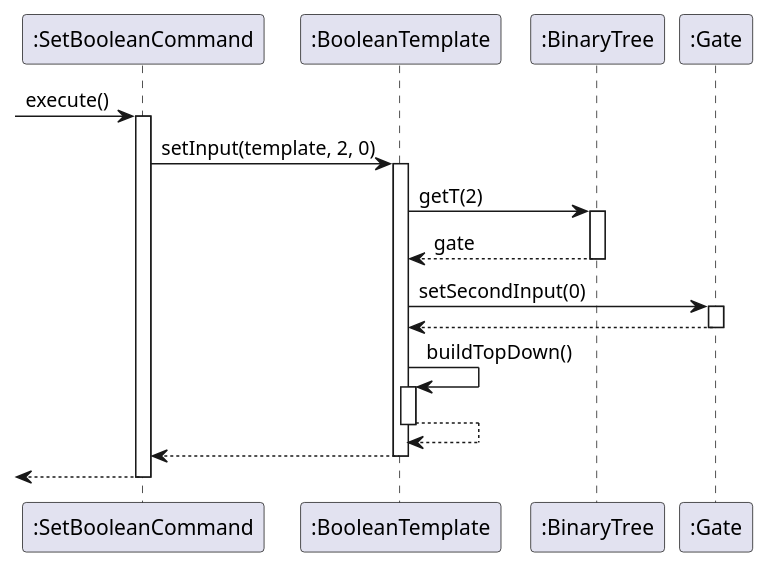
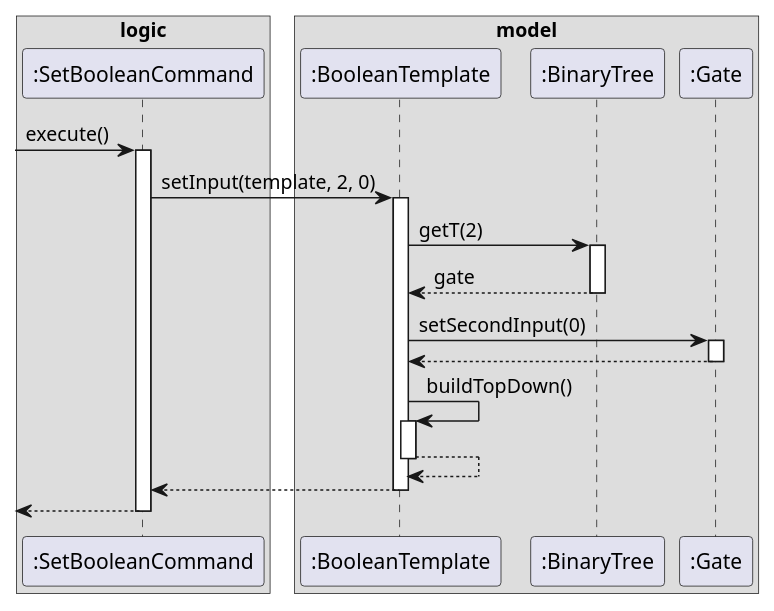
One commit to sevenseasofbri/tp changed the diagram in docs/diagrams/SetBooleanCommand.puml. Above: the diagram before and after it, drawn with PlantUML. The commit also changed 28 other files, not shown here.

Commit message:
Update UML diagram consistency

```diff
--- a/docs/diagrams/SetBooleanCommand.puml
+++ b/docs/diagrams/SetBooleanCommand.puml
@@ -1,31 +1,42 @@
 @startuml
-[-> ":SetBooleanCommand" : execute()
-activate ":SetBooleanCommand"
 
-":SetBooleanCommand" -> ":BooleanTemplate" : setInput(template, 2, 0)
-activate ":BooleanTemplate"
+box logic
+participant ":SetBooleanCommand" as Set
+end box
 
-":BooleanTemplate" -> ":BinaryTree" : getT(2)
-activate ":BinaryTree"
+box model
+participant ":BooleanTemplate" as Bool
+participant ":BinaryTree" as BT
+participant ":Gate" as Gate
+end box
 
-":BinaryTree" --> ":BooleanTemplate" : gate
-deactivate ":BinaryTree"
+[-> Set : execute()
+activate Set
 
-":BooleanTemplate" -> ":Gate" : setSecondInput(0)
-activate ":Gate"
+Set -> Bool : setInput(template, 2, 0)
+activate Bool
 
-":Gate" --> ":BooleanTemplate"
-deactivate ":Gate"
+Bool -> BT : getT(2)
+activate BT
 
-":BooleanTemplate" -> ":BooleanTemplate" : buildTopDown()
-activate ":BooleanTemplate"
+BT --> Bool : gate
+deactivate BT
 
-":BooleanTemplate" --> ":BooleanTemplate"
-deactivate ":BooleanTemplate"
+Bool -> Gate : setSecondInput(0)
+activate Gate
 
-":BooleanTemplate" --> ":SetBooleanCommand"
-deactivate ":BooleanTemplate"
+Gate --> Bool
+deactivate Gate
 
-[<-- ":SetBooleanCommand"
-deactivate ":SetBooleanCommand"
+Bool -> Bool : buildTopDown()
+activate Bool
+
+Bool --> Bool
+deactivate Bool
+
+Bool --> Set
+deactivate Bool
+
+[<-- Set
+deactivate Set
 @enduml
```
